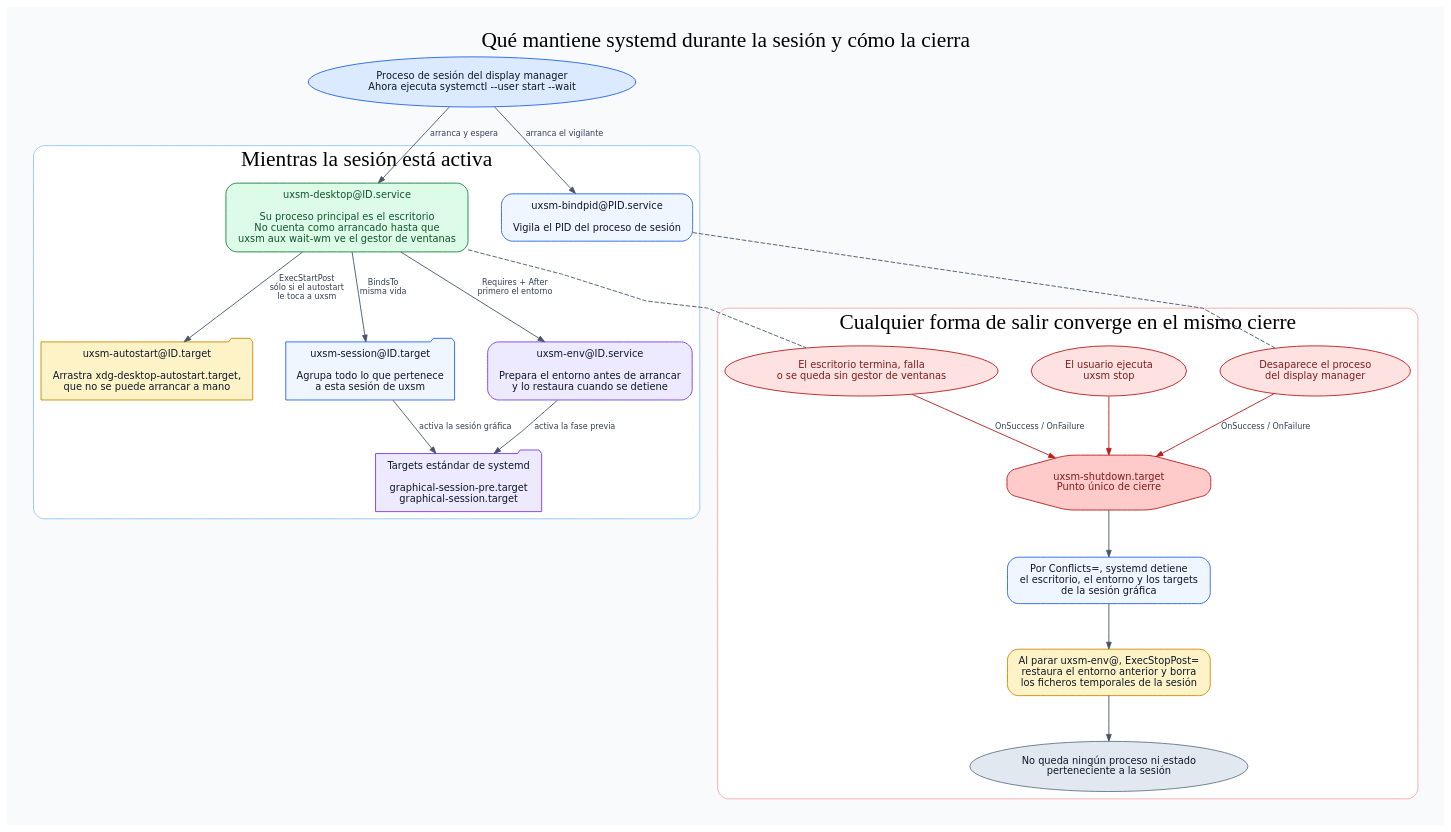
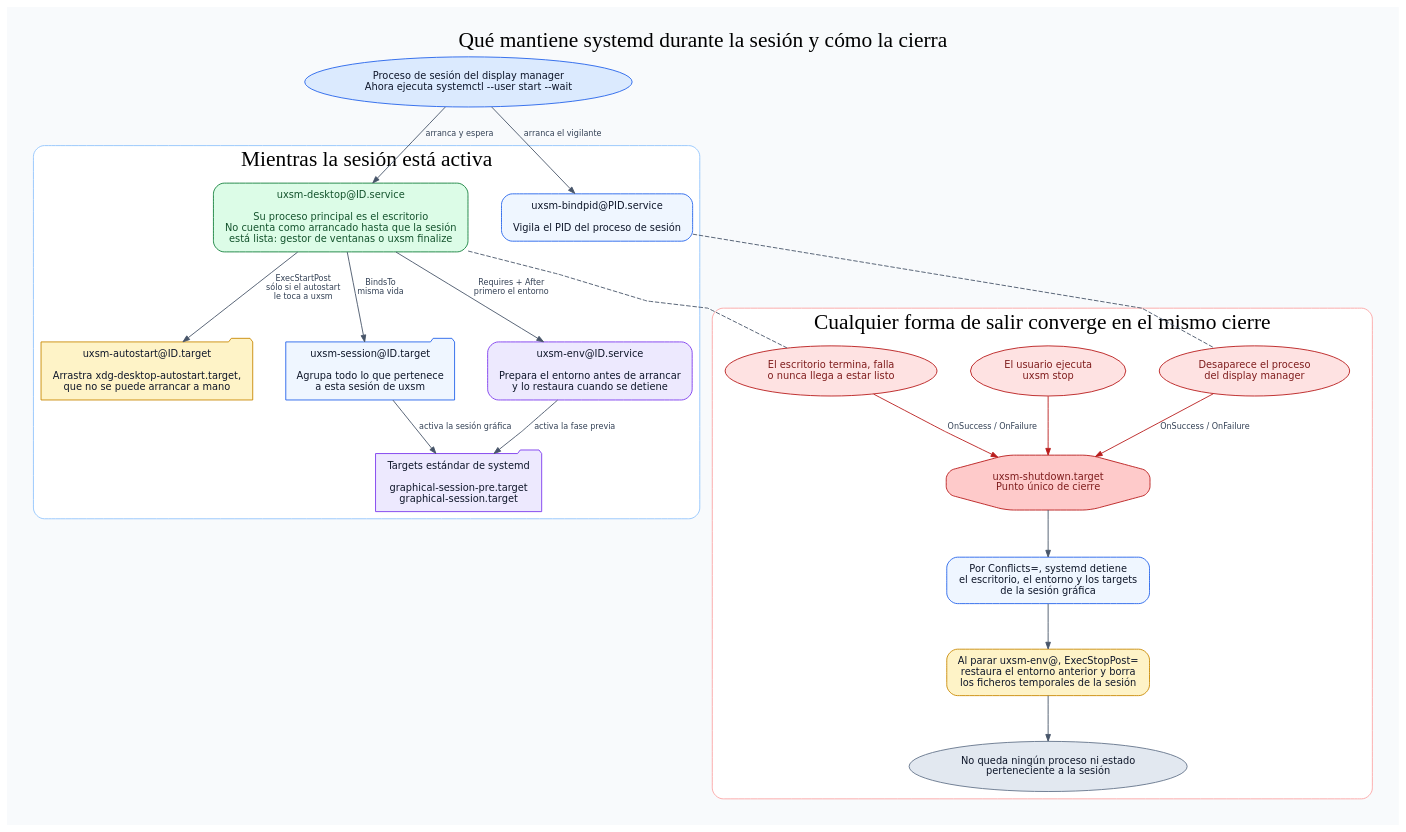
One commit to heizeisaburou/uxsm changed the diagram in docs/flows/systemd-lifecycle.dot. Above: the diagram before and after it, drawn with Graphviz. The commit also changed 19 other files, not shown here.

First line of the commit message:
uxsm finalize: el escritorio también puede decir que la sesión está lista

```diff
--- a/docs/flows/systemd-lifecycle.dot
+++ b/docs/flows/systemd-lifecycle.dot
@@ -1,79 +1,79 @@
 digraph systemd_lifecycle {
   graph [
     label="Qué mantiene systemd durante la sesión y cómo la cierra",
     labelloc=t,
     fontsize=24,
     fontname="DejaVu Sans Bold",
     bgcolor="#f8fafc",
     pad=0.30,
     nodesep=0.52,
     ranksep=0.68,
     splines=polyline
   ];
   node [shape=box, style="rounded,filled", fontname="DejaVu Sans", fontsize=11,
         color="#2563eb", fillcolor="#eff6ff", fontcolor="#0f172a", margin="0.16,0.11"];
   edge [fontname="DejaVu Sans", fontsize=9, color="#475569", fontcolor="#334155", arrowsize=0.75];
 
   login [shape=oval, fillcolor="#dbeafe",
          label="Proceso de sesión del display manager\nAhora ejecuta systemctl --user start --wait"];
 
   subgraph cluster_active {
     label="Mientras la sesión está activa";
     color="#93c5fd";
     style="rounded,filled";
     fillcolor="#ffffff";
     fontname="DejaVu Sans Bold";
 
     bind [label="uxsm-bindpid@PID.service\n\nVigila el PID del proceso de sesión"];
     env [fillcolor="#ede9fe", color="#7c3aed",
          label="uxsm-env@ID.service\n\nPrepara el entorno antes de arrancar\ny lo restaura cuando se detiene"];
     desktop [fillcolor="#dcfce7", color="#15803d", fontcolor="#14532d",
-             label="uxsm-desktop@ID.service\n\nSu proceso principal es el escritorio\nNo cuenta como arrancado hasta que\nuxsm aux wait-wm ve el gestor de ventanas"];
+             label="uxsm-desktop@ID.service\n\nSu proceso principal es el escritorio\nNo cuenta como arrancado hasta que la sesión\nestá lista: gestor de ventanas o uxsm finalize"];
     session [shape=folder,
              label="uxsm-session@ID.target\n\nAgrupa todo lo que pertenece\na esta sesión de uxsm"];
     standards [shape=folder, fillcolor="#ede9fe", color="#7c3aed",
                label="Targets estándar de systemd\n\ngraphical-session-pre.target\ngraphical-session.target"];
     autostart [shape=folder, fillcolor="#fef3c7", color="#ca8a04",
                label="uxsm-autostart@ID.target\n\nArrastra xdg-desktop-autostart.target,\nque no se puede arrancar a mano"];
 
     desktop -> env [label=" Requires + After\nprimero el entorno "];
     desktop -> session [label=" BindsTo\nmisma vida "];
     session -> standards [label=" activa la sesión gráfica "];
     desktop -> autostart [label=" ExecStartPost\nsólo si el autostart\nle toca a uxsm "];
     env -> standards [label=" activa la fase previa "];
   }
 
   subgraph cluster_shutdown {
     label="Cualquier forma de salir converge en el mismo cierre";
     color="#fca5a5";
     style="rounded,filled";
     fillcolor="#ffffff";
     fontname="DejaVu Sans Bold";
 
     quit [shape=oval, color="#b91c1c", fillcolor="#fee2e2", fontcolor="#7f1d1d",
-          label="El escritorio termina, falla\no se queda sin gestor de ventanas"];
+          label="El escritorio termina, falla\no nunca llega a estar listo"];
     killed [shape=oval, color="#b91c1c", fillcolor="#fee2e2", fontcolor="#7f1d1d",
             label="Desaparece el proceso\ndel display manager"];
     stop [shape=oval, color="#b91c1c", fillcolor="#fee2e2", fontcolor="#7f1d1d",
           label="El usuario ejecuta\nuxsm stop"];
     shutdown [shape=octagon, color="#b91c1c", fillcolor="#fecaca", fontcolor="#7f1d1d",
               label="uxsm-shutdown.target\nPunto único de cierre"];
     stopunits [label="Por Conflicts=, systemd detiene\nel escritorio, el entorno y los targets\nde la sesión gráfica"];
     cleanup [fillcolor="#fef3c7", color="#ca8a04",
              label="Al parar uxsm-env@, ExecStopPost=\nrestaura el entorno anterior y borra\nlos ficheros temporales de la sesión"];
     down [shape=oval, fillcolor="#e2e8f0", color="#64748b",
           label="No queda ningún proceso ni estado\nperteneciente a la sesión"];
 
     quit -> shutdown [label=" OnSuccess / OnFailure ", color="#b91c1c"];
     killed -> shutdown [label=" OnSuccess / OnFailure ", color="#b91c1c"];
     stop -> shutdown [color="#b91c1c"];
     shutdown -> stopunits -> cleanup -> down;
 
     {rank=same; quit; killed; stop}
   }
 
   login -> bind [label=" arranca el vigilante "];
   login -> desktop [label=" arranca y espera "];
   desktop -> quit [style=dashed, arrowhead=none];
   bind -> killed [style=dashed, arrowhead=none];
 }
```
